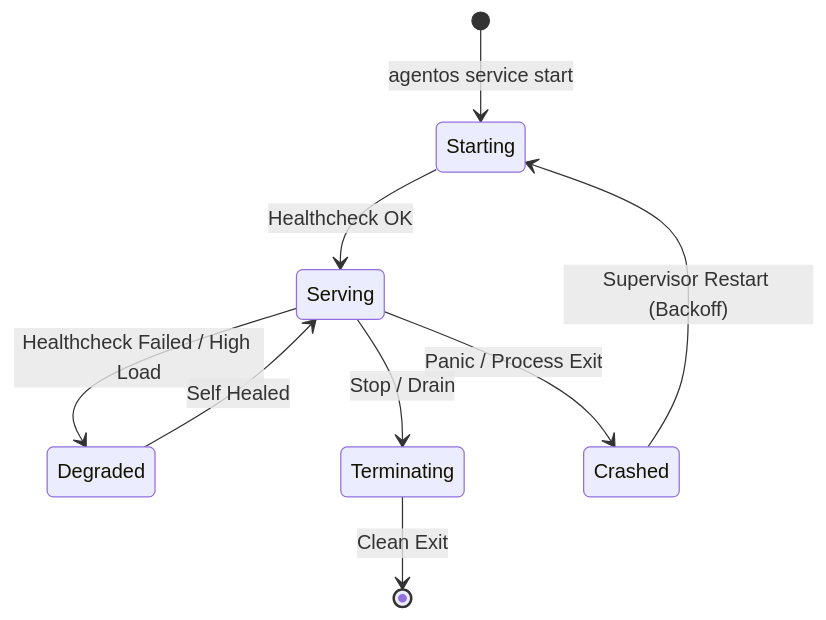
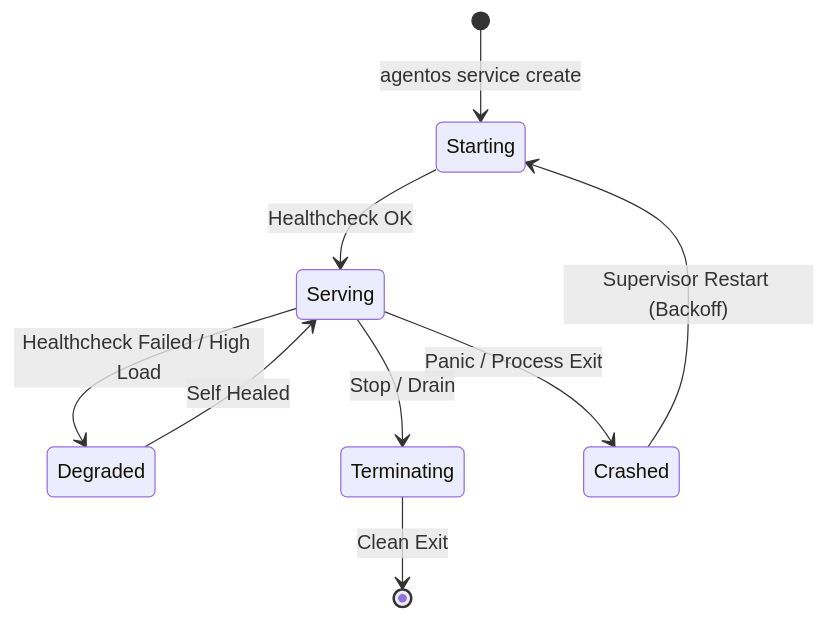
Before and after one commit to CloudEdgeCore/AgentOS: the third of 4 diagrams in docs/user-guide.md, drawn with Mermaid. The commit also changed other lines of this file and 5 other files, not shown here.

````diff
--- a/docs/user-guide.md
+++ b/docs/user-guide.md
@@ -551,11 +557,11 @@
 ```mermaid
 stateDiagram-v2
-    [*] --> Starting: agentos service start
+    [*] --> Starting: agentos service create
     Starting --> Serving: Healthcheck OK
     Serving --> Degraded: Healthcheck Failed / High Load
     Degraded --> Serving: Self Healed
     Serving --> Terminating: Stop / Drain
     Serving --> Crashed: Panic / Process Exit
     Crashed --> Starting: Supervisor Restart (Backoff)
     Terminating --> [*]: Clean Exit
 ```
````
